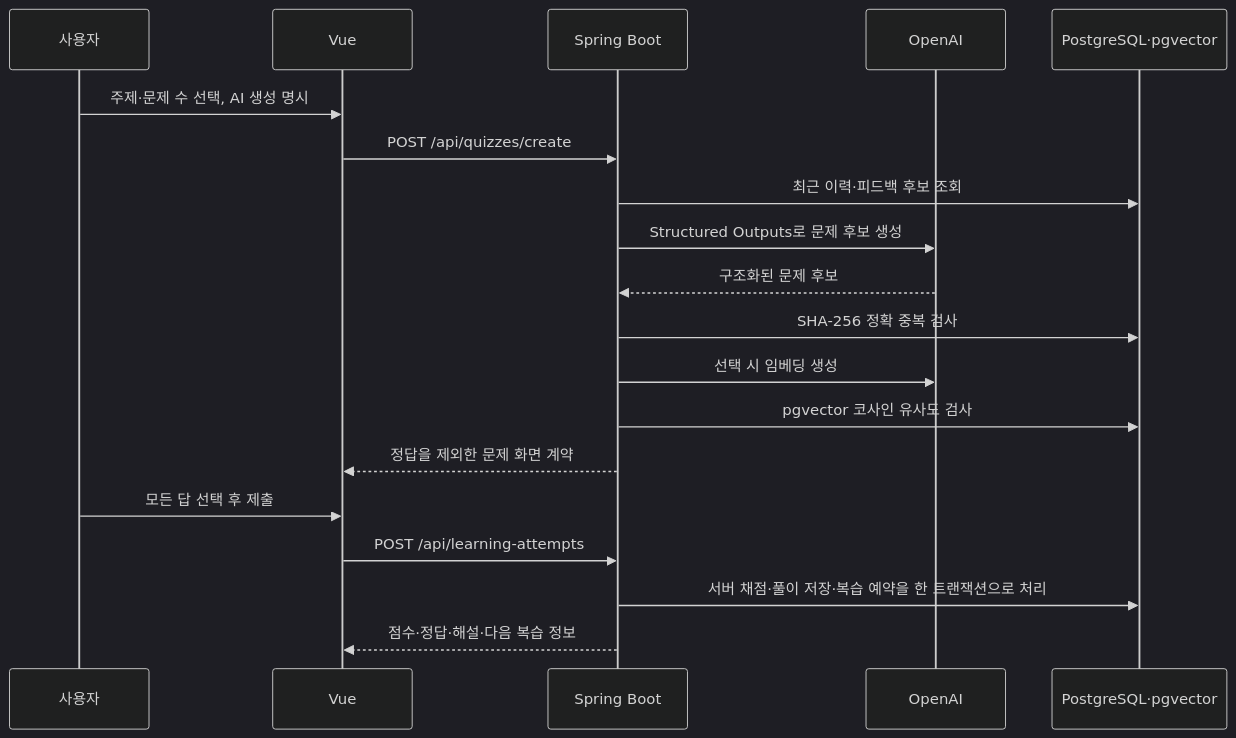
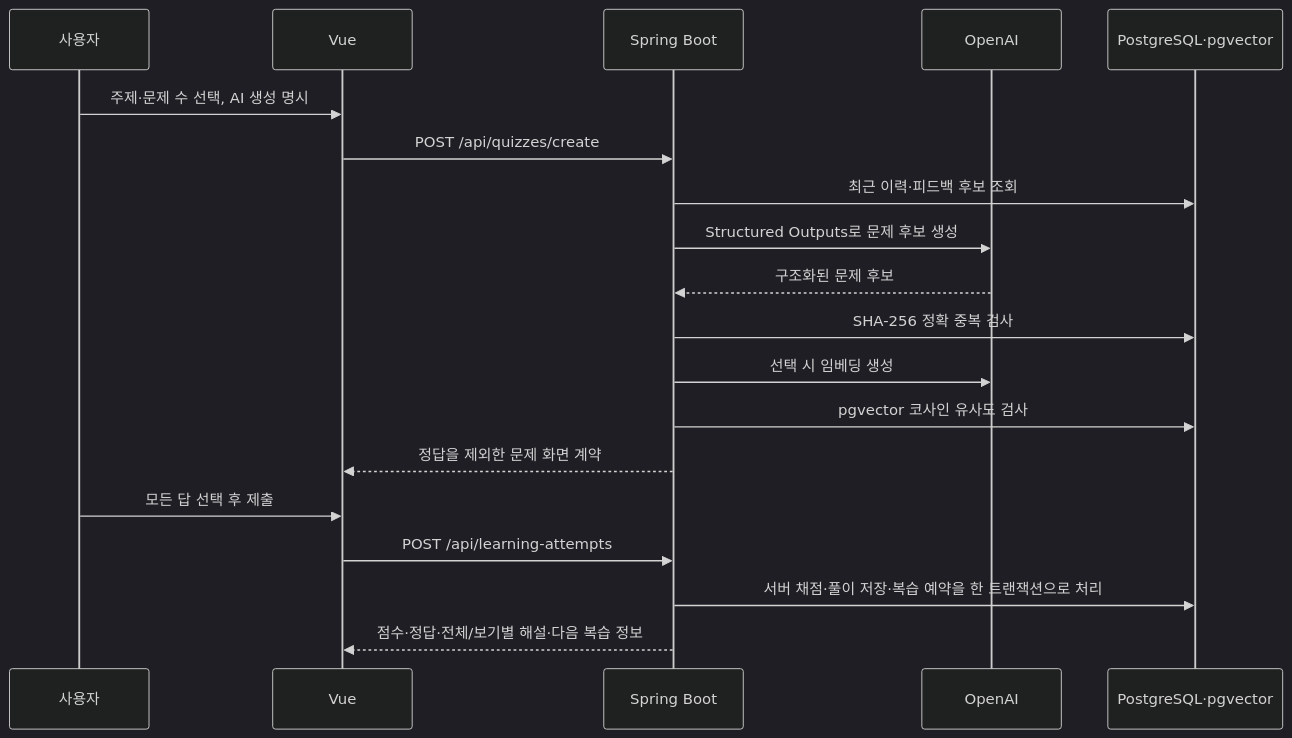
One commit to eunjuny/auknowlog changed the third of 4 diagrams in docs/PROJECT_GUIDE.md. Above: the diagram before and after it, drawn with Mermaid (dark theme). The commit also changed other lines of this file and 40 other files, not shown here.

````diff
--- a/docs/PROJECT_GUIDE.md
+++ b/docs/PROJECT_GUIDE.md
@@ -68,22 +68,22 @@
 ```mermaid
 sequenceDiagram
     participant U as 사용자
     participant F as Vue
     participant B as Spring Boot
     participant AI as OpenAI
     participant DB as PostgreSQL·pgvector
 
     U->>F: 주제·문제 수 선택, AI 생성 명시
     F->>B: POST /api/quizzes/create
     B->>DB: 최근 이력·피드백 후보 조회
     B->>AI: Structured Outputs로 문제 후보 생성
     AI-->>B: 구조화된 문제 후보
     B->>DB: SHA-256 정확 중복 검사
     B->>AI: 선택 시 임베딩 생성
     B->>DB: pgvector 코사인 유사도 검사
     B-->>F: 정답을 제외한 문제 화면 계약
     U->>F: 모든 답 선택 후 제출
     F->>B: POST /api/learning-attempts
     B->>DB: 서버 채점·풀이 저장·복습 예약을 한 트랜잭션으로 처리
-    B-->>F: 점수·정답·해설·다음 복습 정보
+    B-->>F: 점수·정답·전체/보기별 해설·다음 복습 정보
 ```
````
